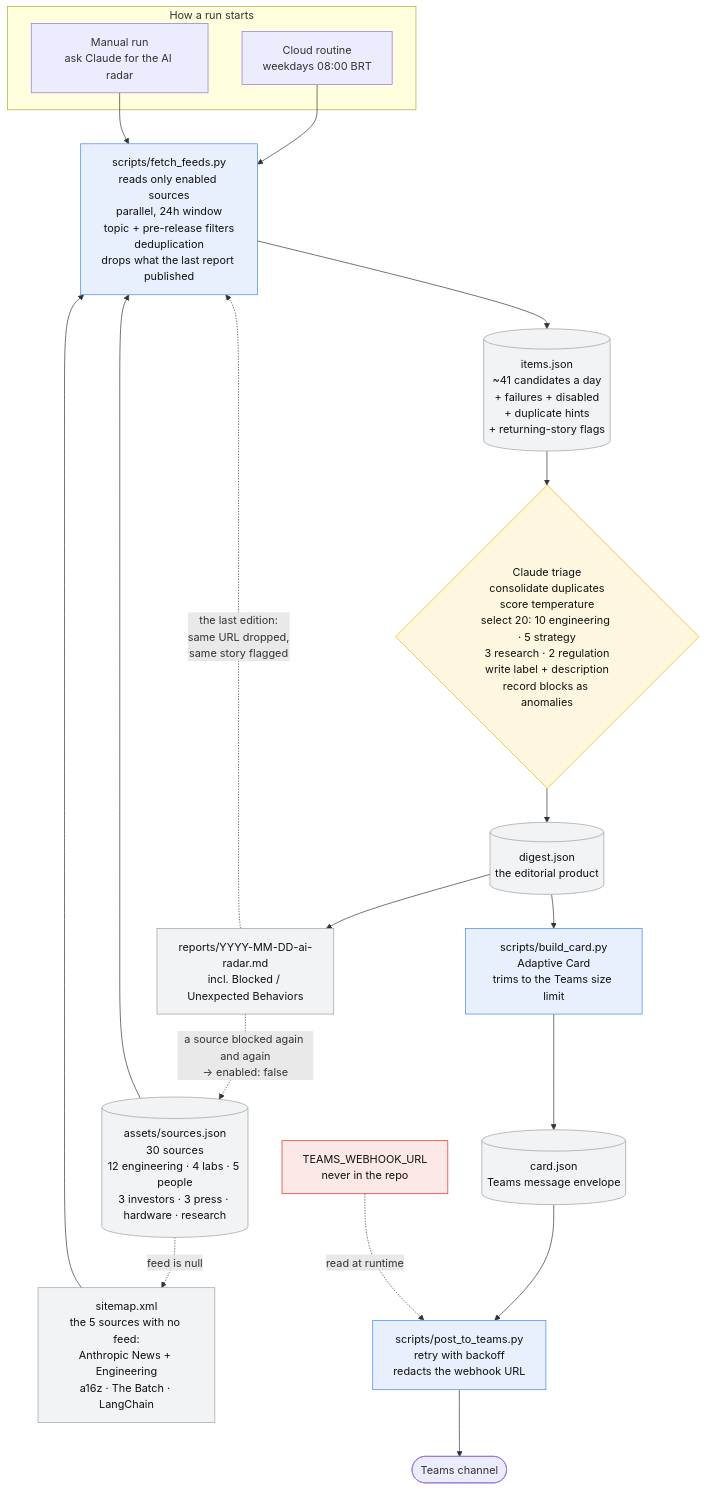
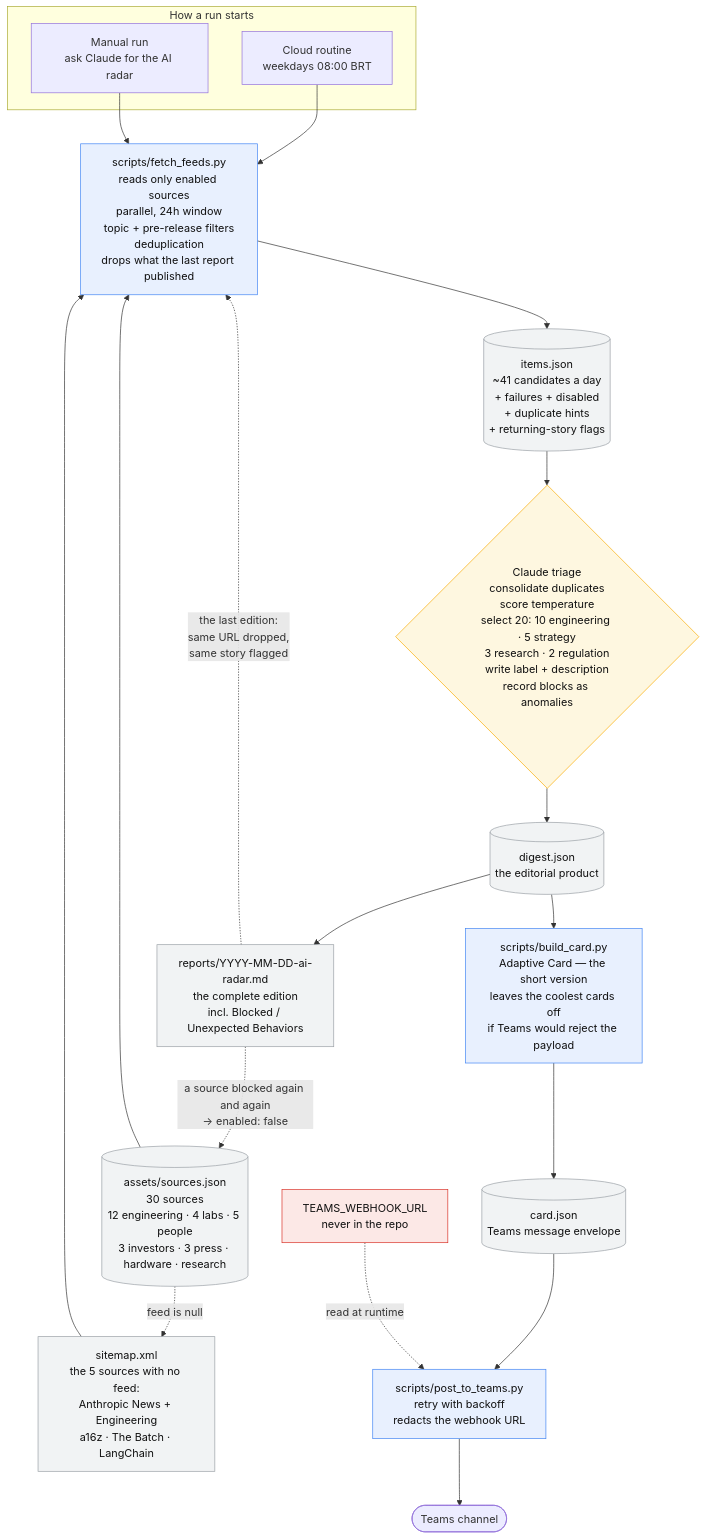
The diagram in README.md (werner-denzin/claude-labs), drawn with Mermaid before and after one commit. The commit also changed other lines of this file and 6 other files, not shown here.

````diff
--- a/README.md
+++ b/README.md
@@ -115,49 +115,49 @@
 ```mermaid
 flowchart TD
     subgraph triggers["How a run starts"]
         ROUTINE["Cloud routine<br>weekdays 08:00 BRT"]
         MANUAL["Manual run<br>ask Claude for the AI radar"]
     end
 
     CATALOG[("assets/sources.json<br>30 sources<br>12 engineering · 4 labs · 5 people<br>3 investors · 3 press · hardware · research")]
     FETCH["scripts/fetch_feeds.py<br>reads only enabled sources<br>parallel, 24h window<br>topic + pre-release filters<br>deduplication<br>drops what the last report published"]
     ITEMS[("items.json<br>~41 candidates a day<br>+ failures + disabled<br>+ duplicate hints<br>+ returning-story flags")]
     SITEMAP["sitemap.xml<br>the 5 sources with no feed:<br>Anthropic News + Engineering<br>a16z · The Batch · LangChain"]
 
     TRIAGE{"Claude triage<br>consolidate duplicates<br>score temperature<br>select 20: 10 engineering · 5 strategy<br>3 research · 2 regulation<br>write label + description<br>record blocks as anomalies"}
     DIGEST[("digest.json<br>the editorial product")]
 
-    BUILD["scripts/build_card.py<br>Adaptive Card<br>trims to the Teams size limit"]
+    BUILD["scripts/build_card.py<br>Adaptive Card — the short version<br>leaves the coolest cards off<br>if Teams would reject the payload"]
     CARD[("card.json<br>Teams message envelope")]
     POST["scripts/post_to_teams.py<br>retry with backoff<br>redacts the webhook URL"]
 
     TEAMS(["Teams channel"])
-    ARCHIVE["reports/YYYY-MM-DD-ai-radar.md<br>incl. Blocked / Unexpected Behaviors"]
+    ARCHIVE["reports/YYYY-MM-DD-ai-radar.md<br>the complete edition<br>incl. Blocked / Unexpected Behaviors"]
     SECRET["TEAMS_WEBHOOK_URL<br>never in the repo"]
 
     ROUTINE --> FETCH
     MANUAL --> FETCH
     CATALOG --> FETCH
     FETCH --> ITEMS
     CATALOG -. "feed is null" .-> SITEMAP
     SITEMAP --> FETCH
     ARCHIVE -. "the last edition:<br>same URL dropped,<br>same story flagged" .-> FETCH
     ITEMS --> TRIAGE
     TRIAGE --> DIGEST
     DIGEST --> BUILD
     BUILD --> CARD
     CARD --> POST
     POST --> TEAMS
     DIGEST --> ARCHIVE
     ARCHIVE -. "a source blocked again and again<br>→ enabled: false" .-> CATALOG
     SECRET -. read at runtime .-> POST
 
     classDef script fill:#e8f0fe,stroke:#4285f4,color:#111
     classDef data fill:#f1f3f4,stroke:#9aa0a6,color:#111
     classDef judgment fill:#fef7e0,stroke:#f9ab00,color:#111
     classDef secret fill:#fce8e6,stroke:#d93025,color:#111
     class FETCH,BUILD,POST script
     class CATALOG,ITEMS,DIGEST,CARD,ARCHIVE,SITEMAP data
     class TRIAGE judgment
     class SECRET secret
 ```
````
